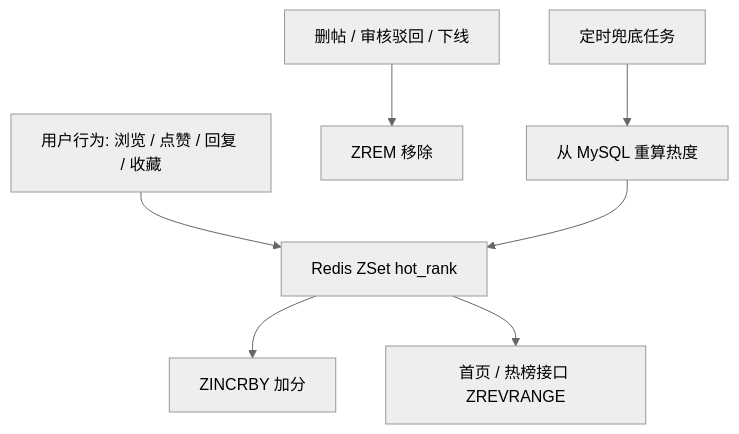
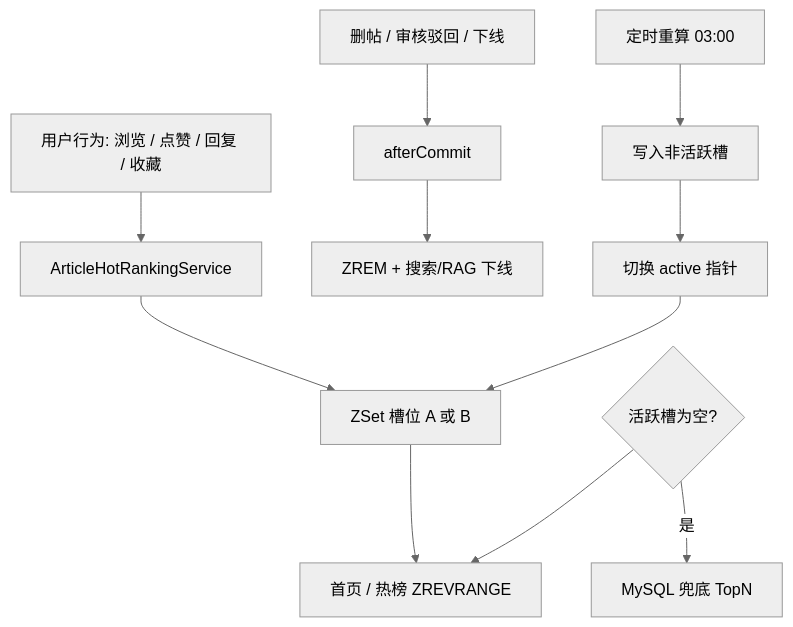
Diagram 13 of 23 in README.md (pluchon/mengmeng_forum), drawn with Mermaid (neutral theme) before and after one commit. The commit also changed other lines of this file, not shown here.

````diff
--- a/README.md
+++ b/README.md
@@ -457,9 +500,13 @@
 ```mermaid
 flowchart TD
-  E[用户行为: 浏览 / 点赞 / 回复 / 收藏] --> Z[Redis ZSet hot_rank]
-  Z --> I[ZINCRBY 加分]
-  D[删帖 / 审核驳回 / 下线] --> R[ZREM 移除]
-  T[定时兜底任务] --> Recalc[从 MySQL 重算热度]
-  Recalc --> Z
-  Z --> API[首页 / 热榜接口 ZREVRANGE]
+  E[用户行为: 浏览 / 点赞 / 回复 / 收藏] --> S[ArticleHotRankingService]
+  S --> ZA[ZSet 槽位 A 或 B]
+  D[删帖 / 审核驳回 / 下线] --> AC[afterCommit]
+  AC --> R[ZREM + 搜索/RAG 下线]
+  T[定时重算 03:00] --> INAC[写入非活跃槽]
+  INAC --> SW[切换 active 指针]
+  SW --> ZA
+  ZA --> API[首页 / 热榜 ZREVRANGE]
+  EMPTY{活跃槽为空?} --> API
+  EMPTY -->|是| DB[MySQL 兜底 TopN]
 ```
````
